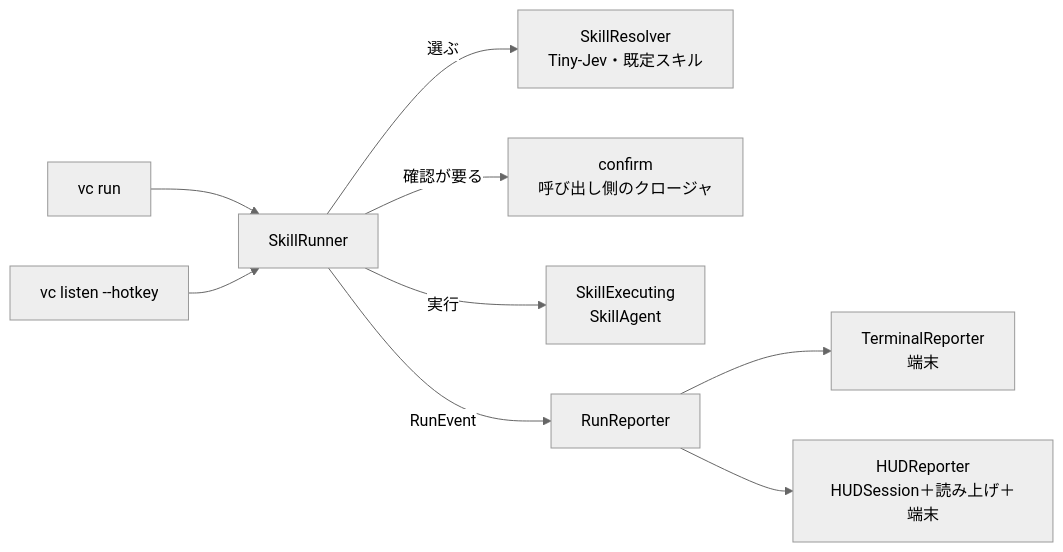
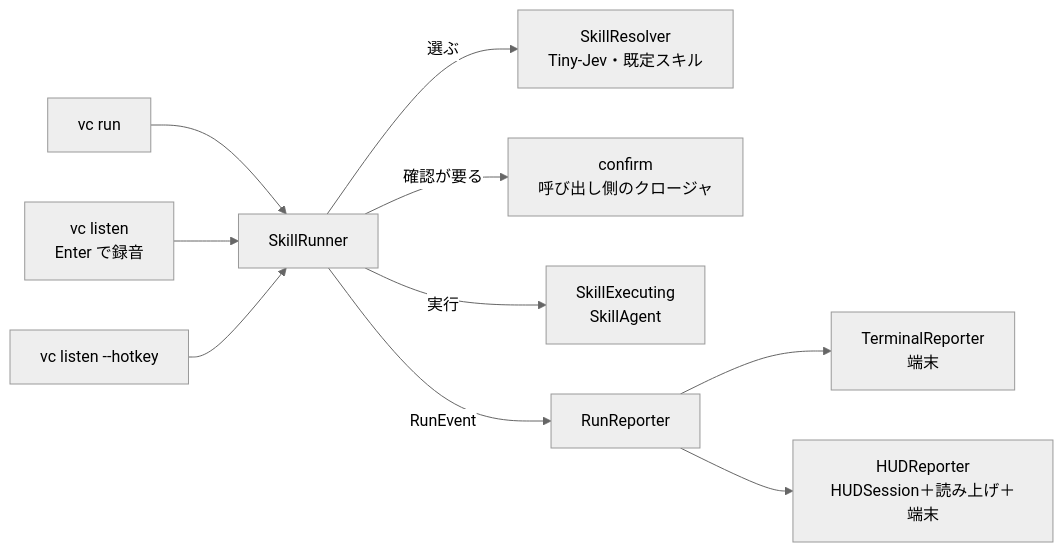
Before and after one commit to takemo101/voice-control: the second of 2 diagrams in docs/architecture.md, drawn with Mermaid (neutral theme). The commit also changed other lines of this file and 12 other files, not shown here.

````diff
--- a/docs/architecture.md
+++ b/docs/architecture.md
@@ -72,11 +61,12 @@
 ```mermaid
 flowchart LR
     Run[vc run] --> R[SkillRunner]
+    Enter[vc listen<br/>Enter で録音] --> R
     Listen[vc listen --hotkey] --> R
     R -->|選ぶ| Res[SkillResolver<br/>Tiny-Jev・既定スキル]
     R -->|確認が要る| C[confirm<br/>呼び出し側のクロージャ]
     R -->|実行| E[SkillExecuting<br/>SkillAgent]
     R -->|RunEvent| P[RunReporter]
     P --> T[TerminalReporter<br/>端末]
     P --> H[HUDReporter<br/>HUDSession＋読み上げ＋端末]
 ```
````
